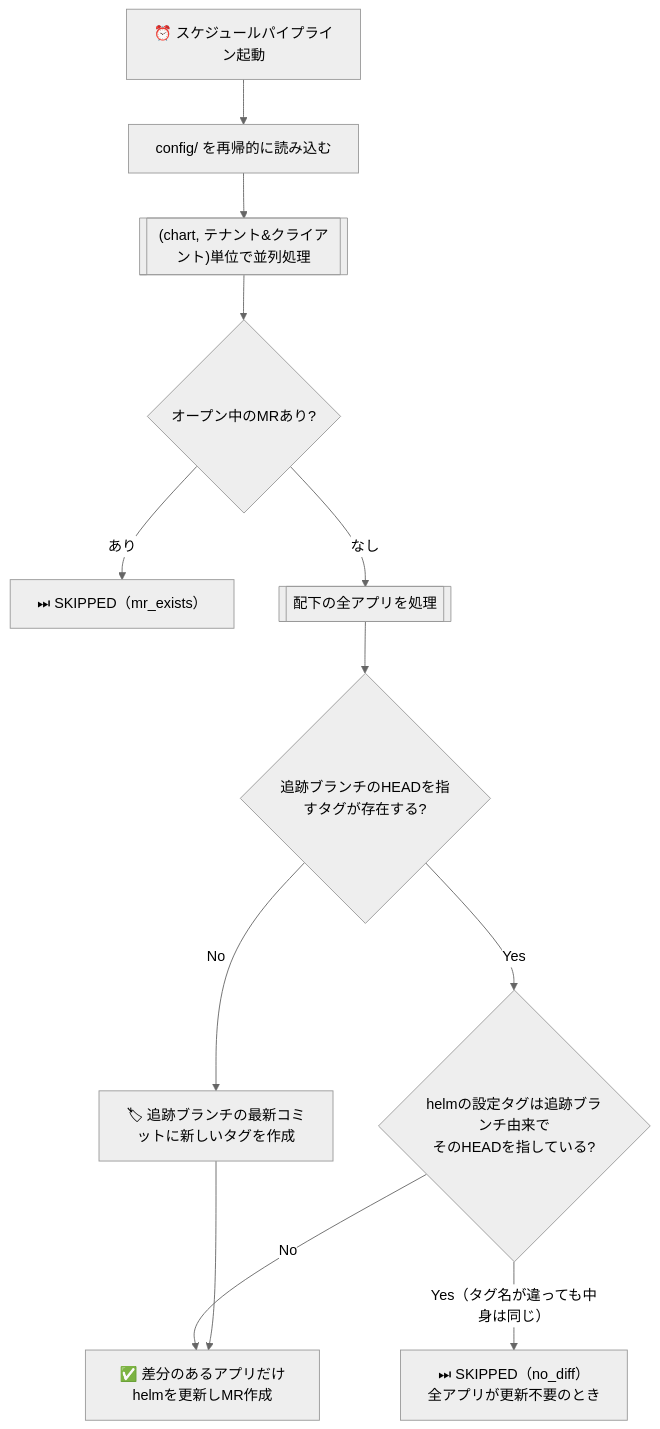
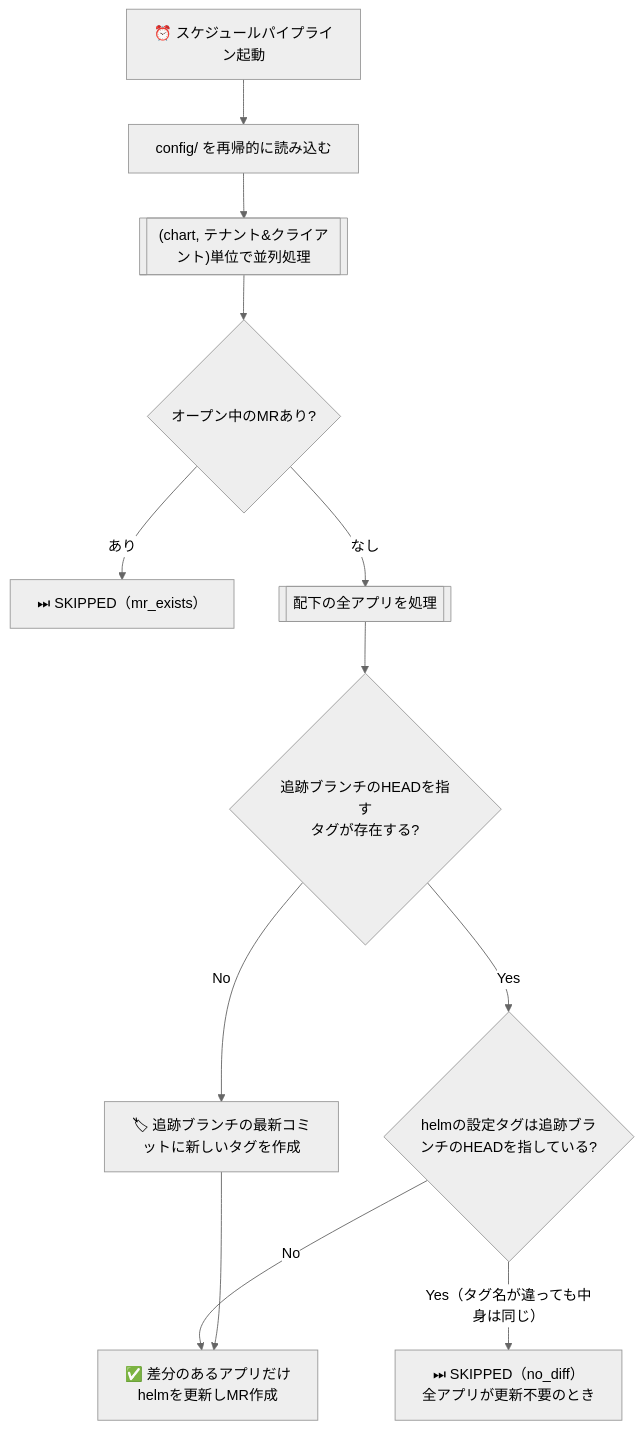
The diagram in README.md (sinnlosses/helm-yadokari), drawn with Mermaid (neutral theme) before and after one commit. The commit also changed 5 other files, not shown here.

````diff
--- a/README.md
+++ b/README.md
@@ -97,14 +97,14 @@
 ```mermaid
 flowchart TD
     A[⏰ スケジュールパイプライン起動] --> B[config/ を再帰的に読み込む]
     B --> C[["(chart, テナント&クライアント)単位で並列処理"]]
     C --> D{オープン中のMRあり?}
     D -->|あり| E1["⏭ SKIPPED（mr_exists）"]
     D -->|なし| F[[配下の全アプリを処理]]
-    F --> G{追跡ブランチのHEADを指すタグが存在する?}
+    F --> G{追跡ブランチのHEADを指す<br>タグが存在する?}
     G -->|No| H[🏷 追跡ブランチの最新コミットに新しいタグを作成]
-    G -->|Yes| I{helmの設定タグは追跡ブランチ由来で<br/>そのHEADを指している?}
+    G -->|Yes| I{helmの設定タグは追跡ブランチのHEADを指している?}
     I -->|Yes（タグ名が違っても中身は同じ）| E2["⏭ SKIPPED（no_diff）<br/>全アプリが更新不要のとき"]
-    I -->|No| J[✅ 差分のあるアプリだけhelmを更新しMR作成]
+    I -->|No| J[✅ 差分のあるアプリだけ<br>helmを更新しMR作成]
     H --> J
 ```
````
